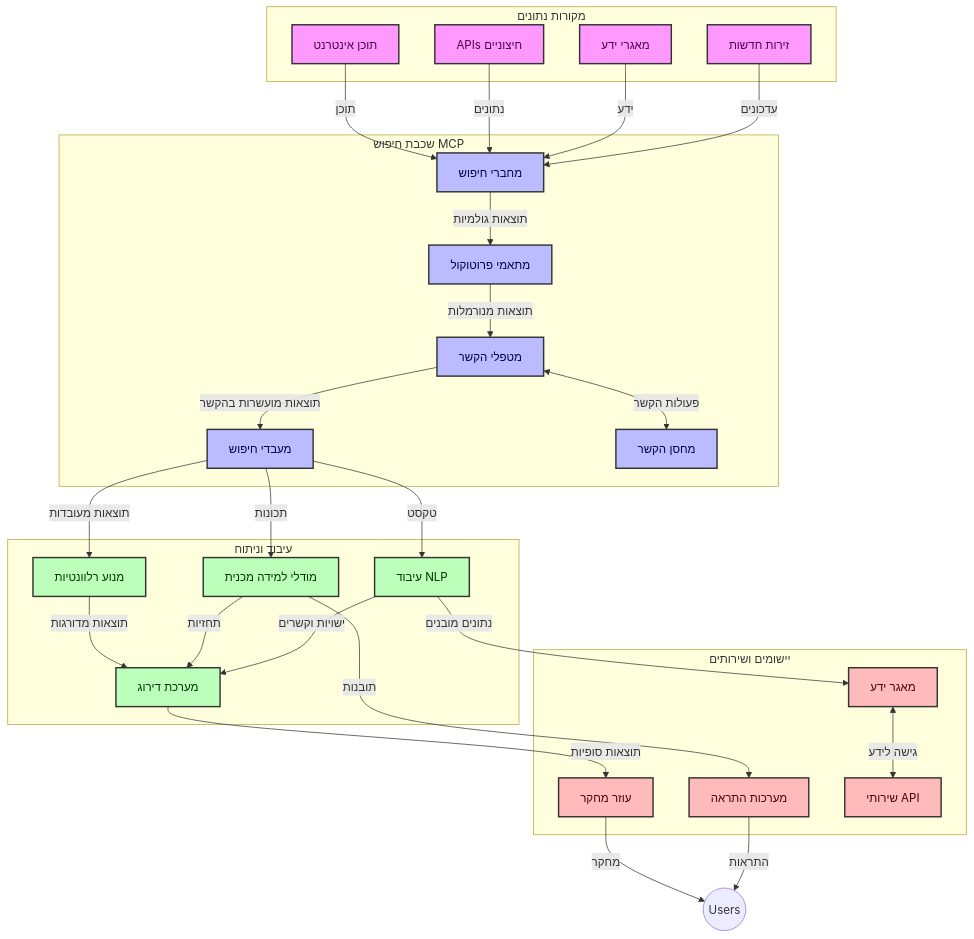
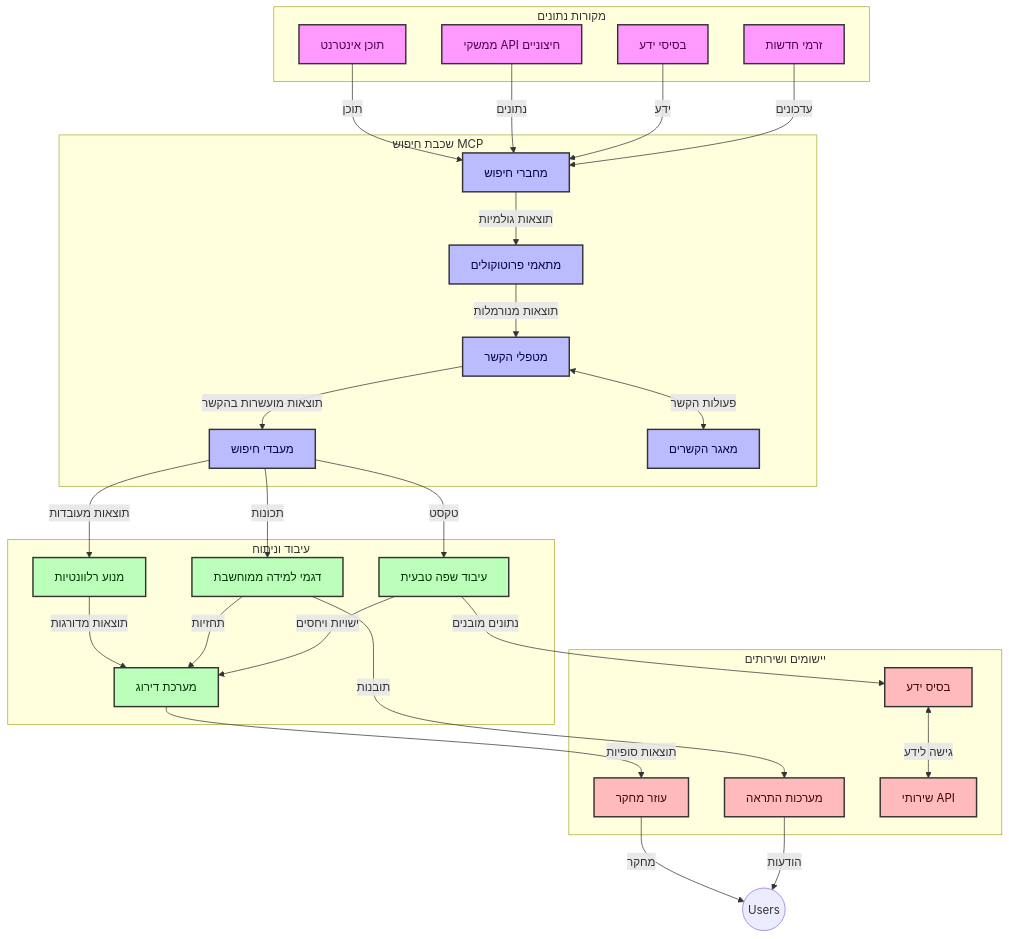
The first of 4 diagrams in translations/he/05-AdvancedTopics/mcp-realtimesearch/README.md (microsoft/mcp-for-beginners), drawn with Mermaid before and after one commit. The commit also changed other lines of this file and 139 other files, not shown here.

````diff
--- a/translations/he/05-AdvancedTopics/mcp-realtimesearch/README.md
+++ b/translations/he/05-AdvancedTopics/mcp-realtimesearch/README.md
@@ -109,66 +109,66 @@
 ```mermaid
 graph TD
     subgraph "מקורות נתונים"
         Web[תוכן אינטרנט]
-        APIs[APIs חיצוניים]
-        DB[מאגרי ידע]
-        News[זירות חדשות]
+        APIs[ממשקי API חיצוניים]
+        DB[בסיסי ידע]
+        News[זרמי חדשות]
     end
 
     subgraph "שכבת חיפוש MCP"
         SC[מחברי חיפוש]
-        PA[מתאמי פרוטוקול]
+        PA[מתאמי פרוטוקולים]
         CH[מטפלי הקשר]
         SP[מעבדי חיפוש]
-        CS[מחסן הקשר]
+        CS[מאגר הקשרים]
     end
 
     subgraph "עיבוד וניתוח"
         RE[מנוע רלוונטיות]
-        ML[מודלי למידה מכנית]
-        NLP[עיבוד NLP]
+        ML[דגמי למידה ממוחשבת]
+        NLP[עיבוד שפה טבעית]
         Rank[מערכת דירוג]
     end
 
     subgraph "יישומים ושירותים"
         RA[עוזר מחקר]
         Alerts[מערכות התראה]
-        KB[מאגר ידע]
+        KB[בסיס ידע]
         API[שירותי API]
     end
 
     Web -->|תוכן| SC
     APIs -->|נתונים| SC
     DB -->|ידע| SC
     News -->|עדכונים| SC
     
     SC -->|תוצאות גולמיות| PA
     PA -->|תוצאות מנורמלות| CH
     CH <-->|פעולות הקשר| CS
     CH -->|תוצאות מועשרות בהקשר| SP
     SP -->|תוצאות מעובדות| RE
     SP -->|תכונות| ML
     SP -->|טקסט| NLP
     
     RE -->|תוצאות מדורגות| Rank
     ML -->|תחזיות| Rank
-    NLP -->|ישויות וקשרים| Rank
+    NLP -->|ישויות ויחסים| Rank
     
     Rank -->|תוצאות סופיות| RA
     ML -->|תובנות| Alerts
     NLP -->|נתונים מובנים| KB
     
     RA -->|מחקר| Users((Users))
-    Alerts -->|התראות| Users
+    Alerts -->|הודעות| Users
     KB <-->|גישה לידע| API
 
     classDef sources fill:#f9f,stroke:#333,stroke-width:2px,color:#4a004a
     classDef mcp fill:#bbf,stroke:#333,stroke-width:2px,color:#00004a
     classDef processing fill:#bfb,stroke:#333,stroke-width:2px,color:#003300
     classDef apps fill:#fbb,stroke:#333,stroke-width:2px,color:#4a0000
     
     class Web,APIs,DB,News sources
     class SC,PA,CH,SP,CS mcp
     class RE,ML,NLP,Rank processing
     class RA,Alerts,KB,API apps
 ```
````
